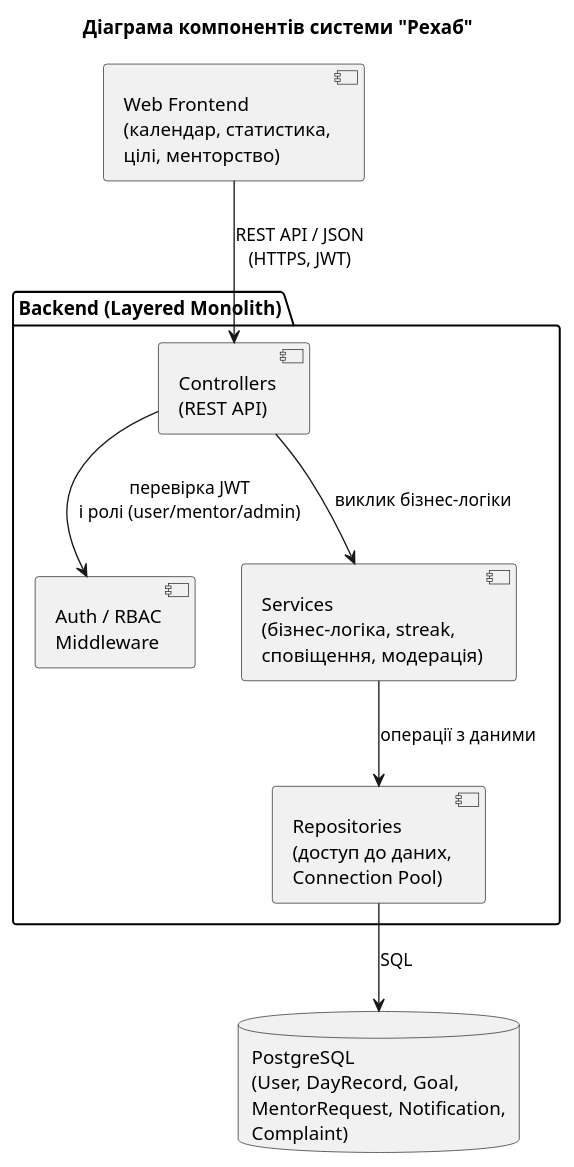
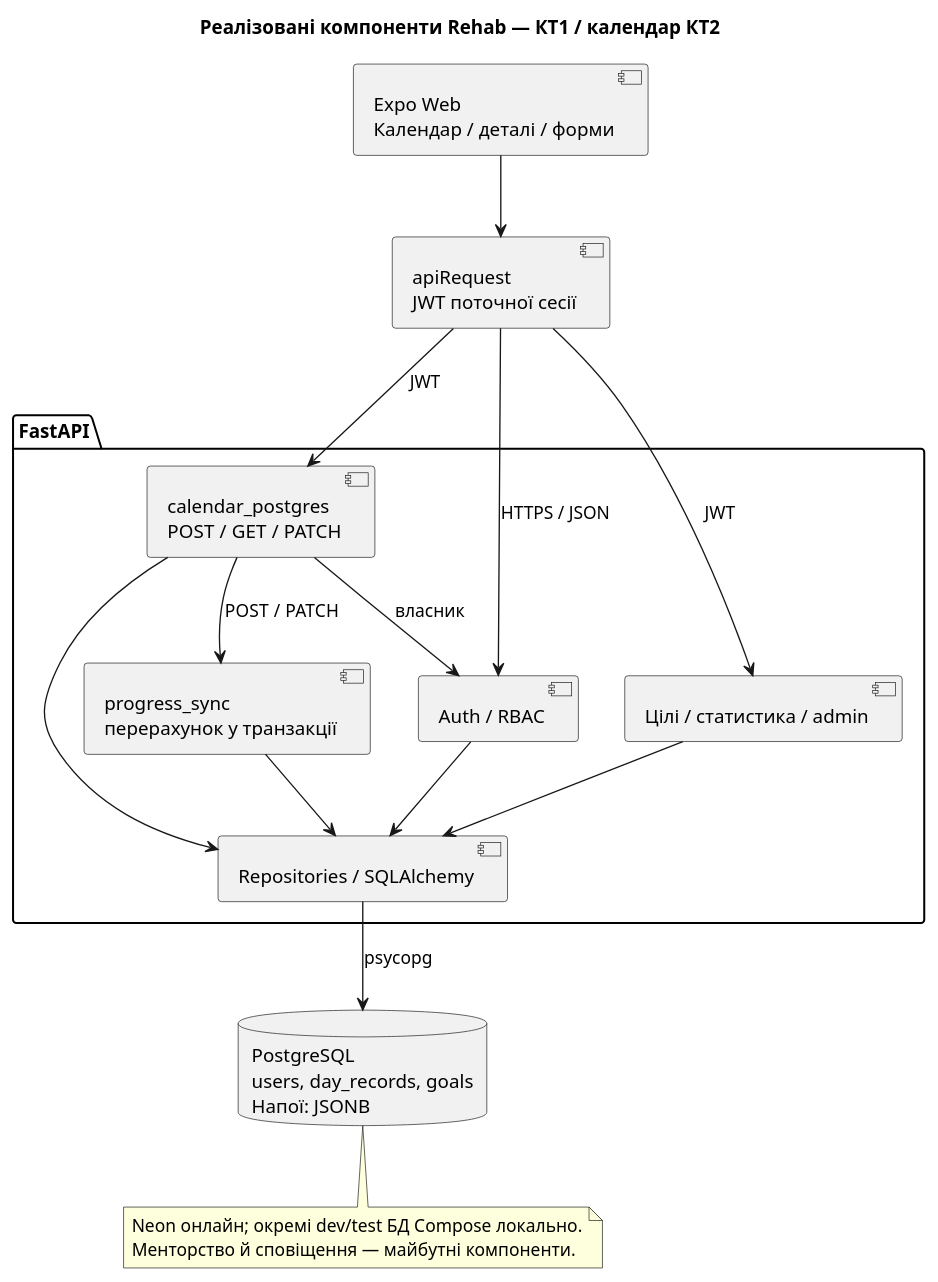
One commit to ukma-fin-ssdm-2026/Rehab changed the diagram in docs/architecture/uml/component-diagram.puml. Above: the diagram before and after it, drawn with PlantUML. The commit also changed 18 other files, not shown here.

```diff
--- a/docs/architecture/uml/component-diagram.puml
+++ b/docs/architecture/uml/component-diagram.puml
@@ -1,20 +1,28 @@
 @startuml
-title Діаграма компонентів системи "Рехаб"
-
-component "Web Frontend\n(календар, статистика,\nцілі, менторство)" as Front
-
-package "Backend (Layered Monolith)" {
-  component "Controllers\n(REST API)" as Ctrl
-  component "Auth / RBAC\nMiddleware" as Auth
-  component "Services\n(бізнес-логіка, streak,\nсповіщення, модерація)" as Svc
-  component "Repositories\n(доступ до даних,\nConnection Pool)" as Repo
+title Реалізовані компоненти Rehab — КТ1 / календар КТ2
+component "Expo Web\nКалендар / деталі / форми" as Front
+component "apiRequest\nJWT поточної сесії" as Client
+package "FastAPI" {
+ component "Auth / RBAC" as Auth
+ component "calendar_postgres\nPOST / GET / PATCH" as Calendar
+ component "Цілі / статистика / admin" as Other
+ component "progress_sync\nперерахунок у транзакції" as Progress
+ component "Repositories / SQLAlchemy" as Repo
 }
-
-database "PostgreSQL\n(User, DayRecord, Goal,\nMentorRequest, Notification,\nComplaint)" as DB
-
-Front --> Ctrl : REST API / JSON\n(HTTPS, JWT)
-Ctrl --> Auth : перевірка JWT\nі ролі (user/mentor/admin)
-Ctrl --> Svc : виклик бізнес-логіки
-Svc --> Repo : операції з даними
-Repo --> DB : SQL
+database "PostgreSQL\nusers, day_records, goals\nНапої: JSONB" as DB
+Front --> Client
+Client --> Auth : HTTPS / JSON
+Client --> Calendar : JWT
+Client --> Other : JWT
+Calendar --> Auth : власник
+Calendar --> Progress : POST / PATCH
+Calendar --> Repo
+Progress --> Repo
+Other --> Repo
+Auth --> Repo
+Repo --> DB : psycopg
+note bottom of DB
+ Neon онлайн; окремі dev/test БД Compose локально.
+ Менторство й сповіщення — майбутні компоненти.
+end note
 @enduml
```
